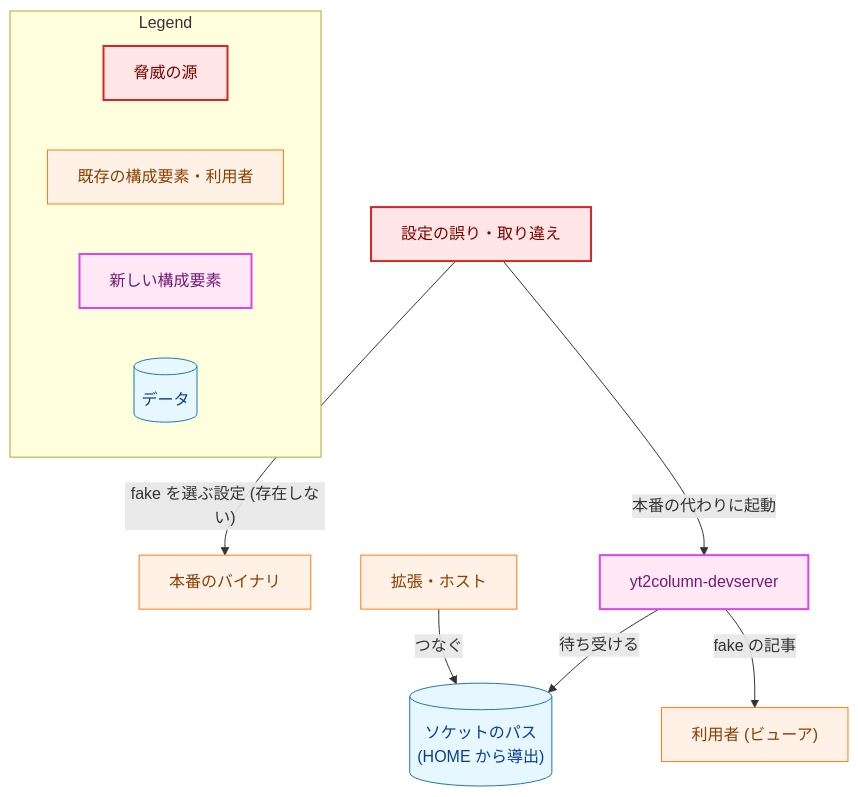
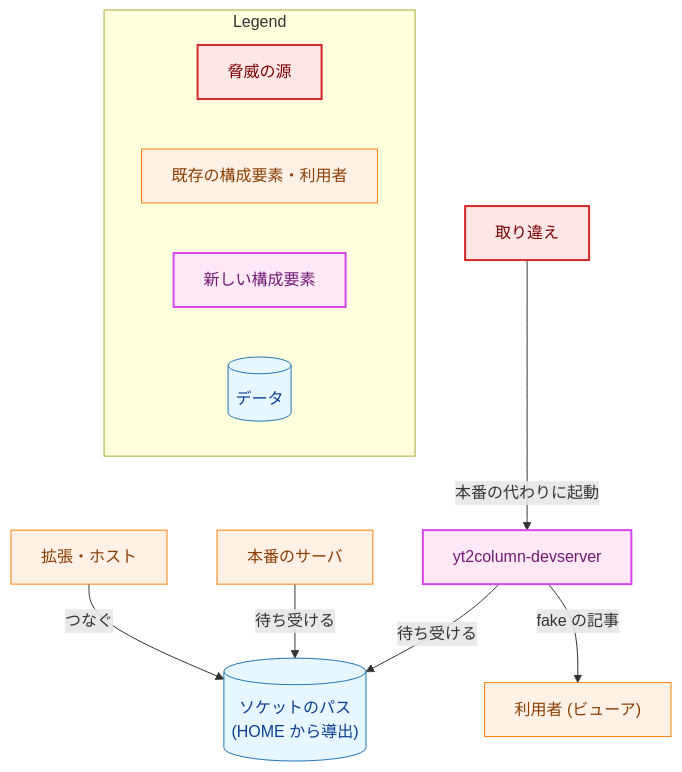
Before and after one commit to isseis/yt2column: the fourth of 6 diagrams in docs/tasks/0086_dev_fake_llm_server/02_architecture.md, drawn with Mermaid. The commit also changed other lines of this file and 1 other file, not shown here.

First line of the commit message:
docs(0086): address the architecture review and the Japanese prose pass

````diff
--- a/docs/tasks/0086_dev_fake_llm_server/02_architecture.md
+++ b/docs/tasks/0086_dev_fake_llm_server/02_architecture.md
@@ -403,36 +429,36 @@
 ```mermaid
 flowchart TD
     classDef data fill:#e6f7ff,stroke:#1f77b4,stroke-width:1px,color:#0b3d91;
     classDef process fill:#fff1e6,stroke:#ff7f0e,stroke-width:1px,color:#8a3e00;
     classDef newpkg fill:#ffe8f5,stroke:#d946ef,stroke-width:2px,color:#701a75;
     classDef problem fill:#ffe6e6,stroke:#d62728,stroke-width:2px,color:#7b0000;
 
-    MIS["設定の誤り・取り違え"]
-    PRODBIN["本番のバイナリ"]
+    MIS["取り違え"]
+    PRODBIN["本番のサーバ"]
     DEVBIN["yt2column-devserver"]
     SOCKP[("ソケットのパス<br>(HOME から導出)")]
     EXT["拡張・ホスト"]
     USER["利用者 (ビューア)"]
 
-    MIS -->|"fake を選ぶ設定 (存在しない)"| PRODBIN
     MIS -->|"本番の代わりに起動"| DEVBIN
     DEVBIN -->|"待ち受ける"| SOCKP
+    PRODBIN -->|"待ち受ける"| SOCKP
     EXT -->|"つなぐ"| SOCKP
     DEVBIN -->|"fake の記事"| USER
 
     class MIS problem
     class PRODBIN,EXT,USER process
     class DEVBIN newpkg
     class SOCKP data
 
     subgraph Legend["Legend"]
         L1["脅威の源"]
         L2["既存の構成要素・利用者"]
         L3["新しい構成要素"]
         L4[("データ")]
     end
     class L1 problem
     class L2 process
     class L3 newpkg
     class L4 data
 ```
````
